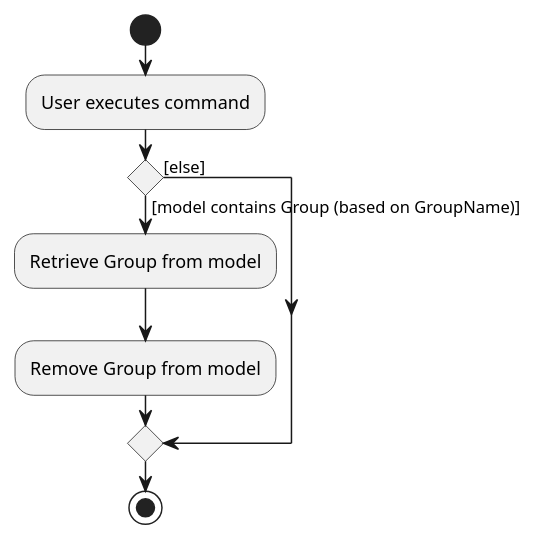
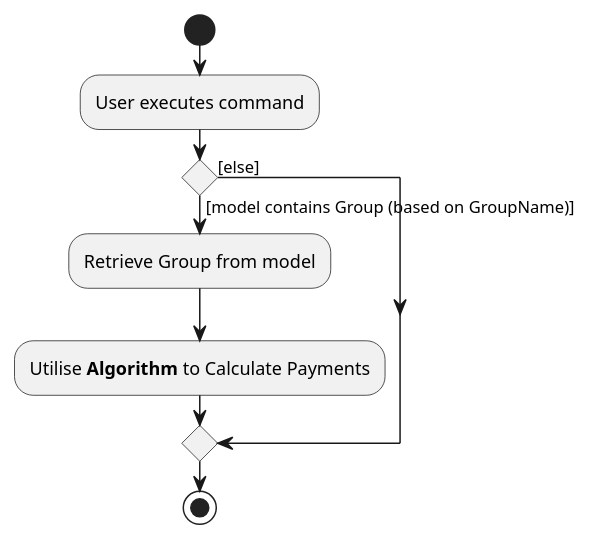
One commit to ramapriyan912001/tp changed the diagram in docs/diagrams/CalculatePaymentsActivityDiagram.puml. Above: the diagram before and after it, drawn with PlantUML. The commit also changed 18 other files, not shown here.

Commit message:
Construct diagrams for DG

```diff
--- a/docs/diagrams/CalculatePaymentsActivityDiagram.puml
+++ b/docs/diagrams/CalculatePaymentsActivityDiagram.puml
@@ -1,14 +1,14 @@
 @startuml
 start
 :User executes command;
 
 'Since the beta syntax does not support placing the condition outside the
 'diamond we place it as the true branch instead.
 
 if () then ([model contains Group (based on GroupName)])
     :Retrieve Group from model;
-    :Remove Group from model;
+    :Utilise **Algorithm** to Calculate Payments;
 else ([else])
 endif
 stop
 @enduml
```
